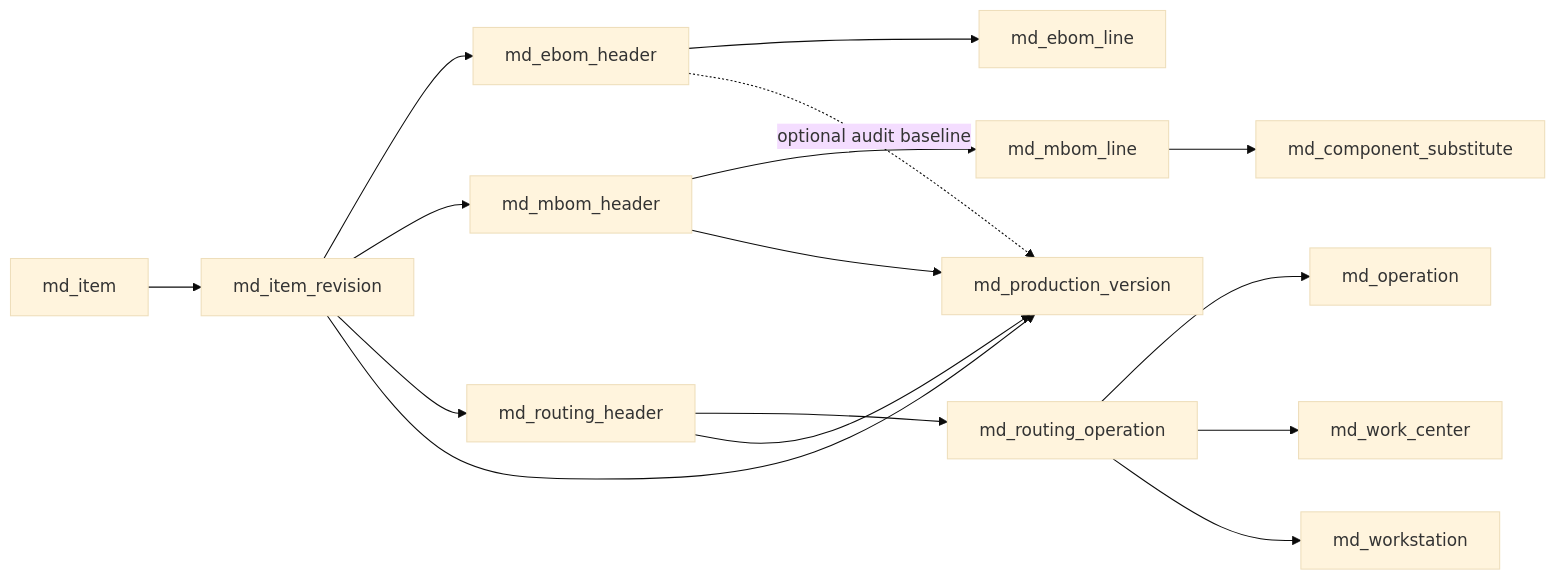
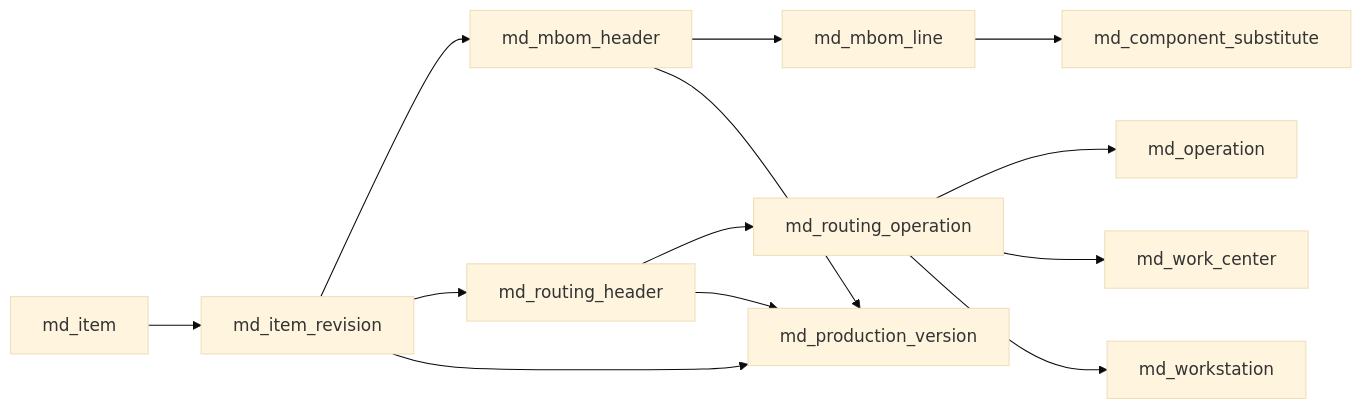
One commit to hoabui-dot/mes-ricoh-system changed the second of 4 diagrams in product-doc/MES-DATABASE-ERD-AND-RELATIONSHIPS.md. Above: the diagram before and after it, drawn with Mermaid (base theme). The commit also changed other lines of this file and 495 other files, not shown here.

````diff
--- a/product-doc/MES-DATABASE-ERD-AND-RELATIONSHIPS.md
+++ b/product-doc/MES-DATABASE-ERD-AND-RELATIONSHIPS.md
@@ -390,18 +385,15 @@
 ```mermaid
 flowchart LR
     I[md_item] --> IR[md_item_revision]
-    IR --> EB[md_ebom_header]
-    EB --> EBL[md_ebom_line]
     IR --> MB[md_mbom_header]
     MB --> MBL[md_mbom_line]
     MBL --> SUB[md_component_substitute]
     IR --> RH[md_routing_header]
     RH --> RO[md_routing_operation]
     RO --> OP[md_operation]
     RO --> WC[md_work_center]
     RO --> WS[md_workstation]
     IR --> PV[md_production_version]
     MB --> PV
     RH --> PV
-    EB -. optional audit baseline .-> PV
 ```
````
